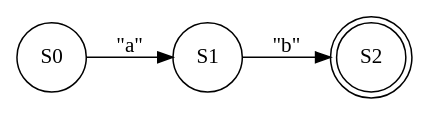
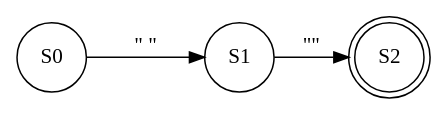
Before and after one commit to elimazariegosr/OLC1_Proyecto1_201709426: the diagram in OLC_Proyecto1_201709426/bin/Debug/afnd_e1.dot, drawn with Graphviz. The commit also changed 90 other files, not shown here.

```diff
--- a/OLC_Proyecto1_201709426/bin/Debug/afnd_e1.dot
+++ b/OLC_Proyecto1_201709426/bin/Debug/afnd_e1.dot
@@ -1,7 +1,8 @@
 digraph G{ 
 rankdir=LR;
- node[shape="circle"];S0-> S1[label="\"a\""];
-S1-> S2[label="\"b\""];
+ node[shape="circle"];S0-> S1[label="\"	\""];
+S1-> S2[label="\"
+\""];
 S2[shape="doublecircle"]
 
 }
```
